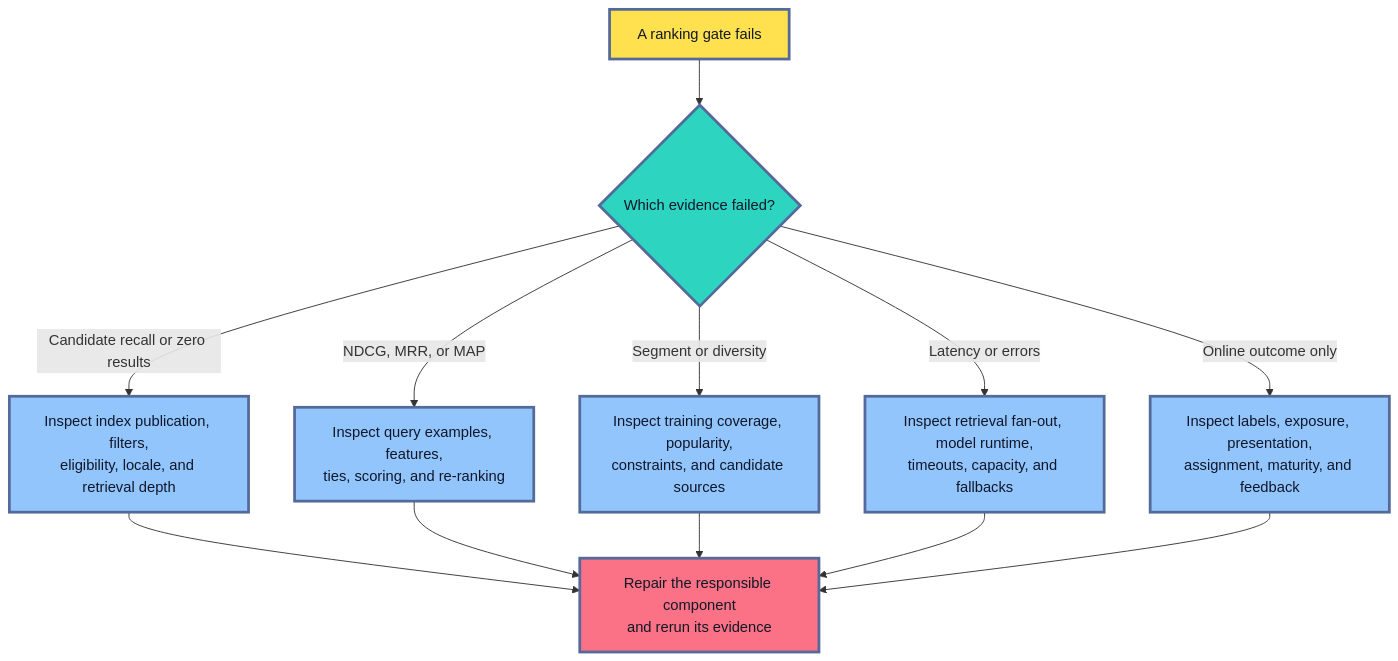
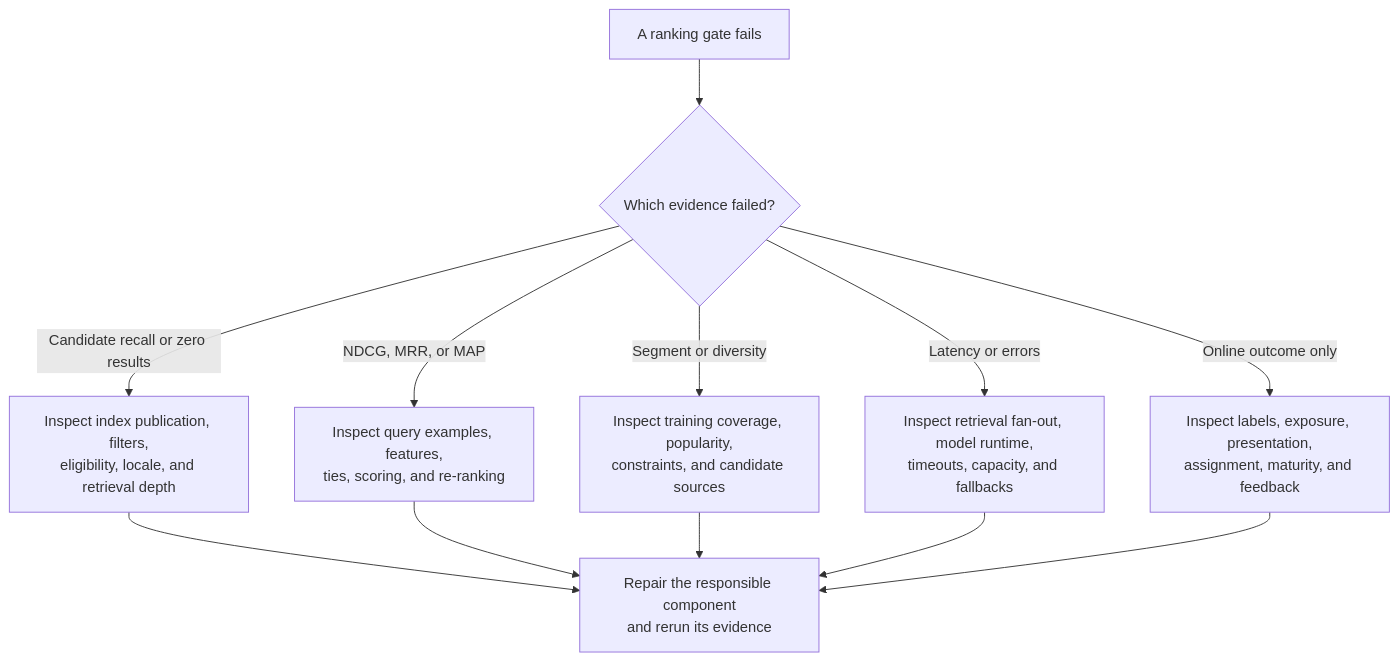
One commit to senlinyy/dev-roadmaps changed the eighth of 8 diagrams in roadmaps/mlops/modules/model-evaluation/offline-evaluation/04-ranking-and-retrieval-evaluation.md. Above: the diagram before and after it, drawn with Mermaid. The commit also changed other lines of this file and 152 other files, not shown here.

Commit message:
feat: mlops and diagrams updated

````diff
--- a/roadmaps/mlops/modules/model-evaluation/offline-evaluation/04-ranking-and-retrieval-evaluation.md
+++ b/roadmaps/mlops/modules/model-evaluation/offline-evaluation/04-ranking-and-retrieval-evaluation.md
@@ -710,23 +690,19 @@
 ```mermaid
 flowchart TD
     A["A ranking gate fails"] --> B{"Which evidence failed?"}
     B -->|"Candidate recall or zero results"| C["Inspect index publication, filters,<br/>eligibility, locale, and retrieval depth"]
     B -->|"NDCG, MRR, or MAP"| D["Inspect query examples, features,<br/>ties, scoring, and re-ranking"]
     B -->|"Segment or diversity"| E["Inspect training coverage, popularity,<br/>constraints, and candidate sources"]
     B -->|"Latency or errors"| F["Inspect retrieval fan-out, model runtime,<br/>timeouts, capacity, and fallbacks"]
     B -->|"Online outcome only"| G["Inspect labels, exposure, presentation,<br/>assignment, maturity, and feedback"]
     C --> H["Repair the responsible component<br/>and rerun its evidence"]
     D --> H
     E --> H
     F --> H
     G --> H
 
-    classDef incident fill:#FFE04F,stroke:#536A9A,stroke-width:3px,color:#111827
-    classDef decision fill:#2DD4BF,stroke:#536A9A,stroke-width:3px,color:#0F172A
-    classDef inspect fill:#93C5FD,stroke:#536A9A,stroke-width:3px,color:#0F172A
-    classDef repair fill:#FB7185,stroke:#536A9A,stroke-width:3px,color:#111827
     class A incident
     class B decision
     class C,D,E,F,G inspect
     class H repair
 ```
````
